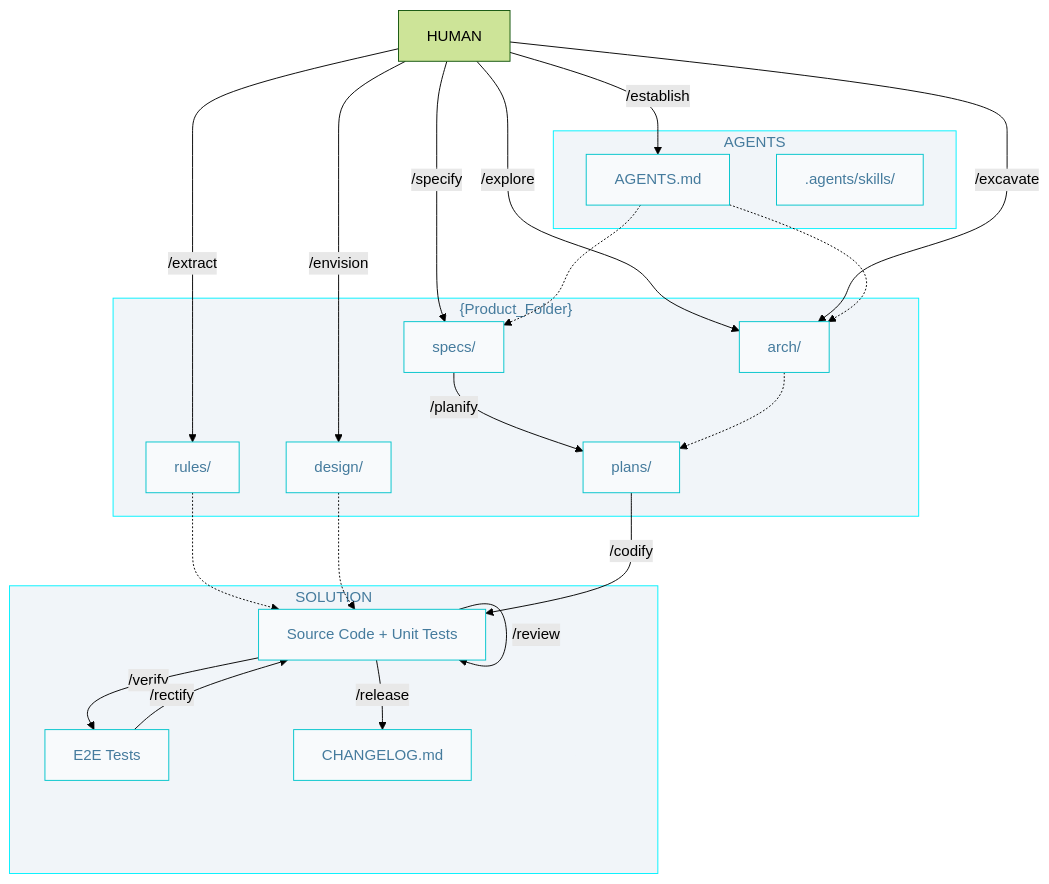
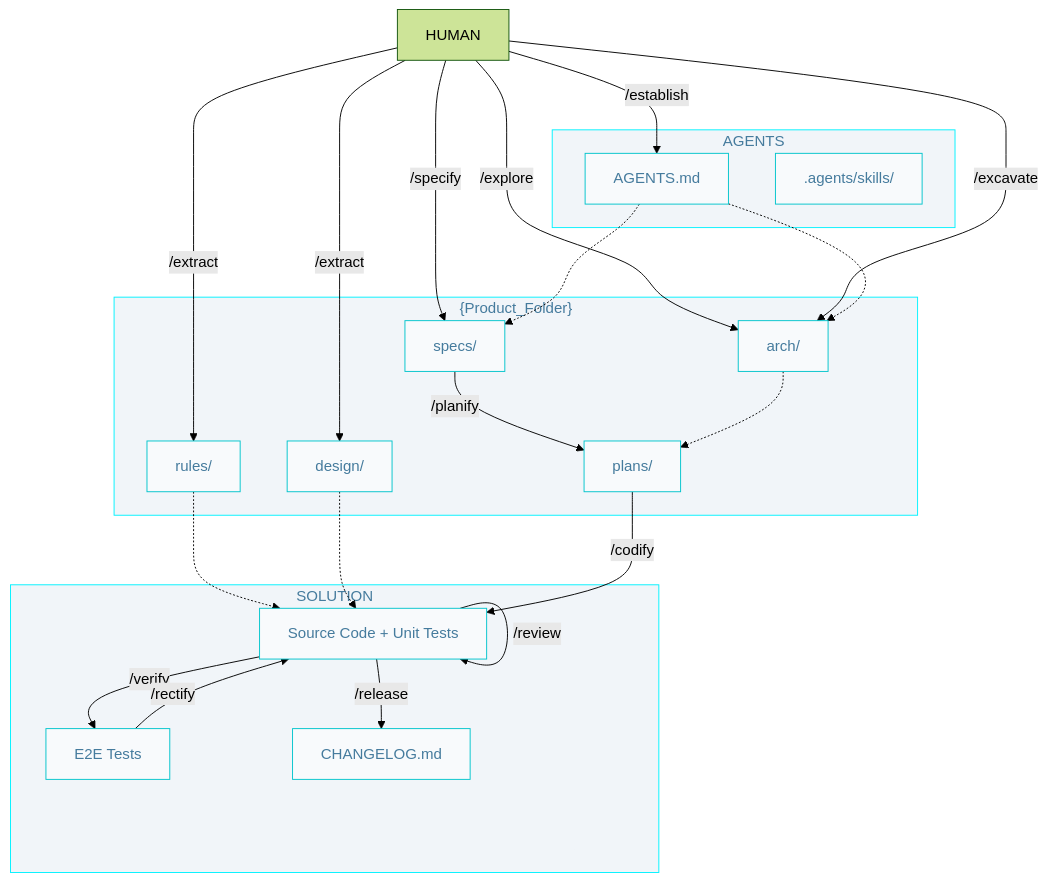
The diagram in docs/AIDD.workflow.md (AIDDbot/AIDDbot), drawn with Mermaid (forest theme) before and after one commit. The commit also changed other lines of this file and 10 other files, not shown here.

First line of the commit message:
refactor: fold envision DESIGN.md into /extract

````diff
--- a/docs/AIDD.workflow.md
+++ b/docs/AIDD.workflow.md
@@ -3,47 +3,47 @@
 ```mermaid
 flowchart TD
   classDef nd fill:#f8fafc,stroke:#00c4cc,color:#457b9d
   classDef sg fill:#f1f5f9,stroke:#00f2ff,color:#457b9d 
 
   HUM[HUMAN]
 
   subgraph P["{Product_Folder}"]
       SPC["specs/"]:::nd
       PLN["plans/"]:::nd
       ARC["arch/"]:::nd
       RUL["rules/"]:::nd
       DES["design/"]:::nd
   end
 
   subgraph A["AGENTS"]
       AGT["AGENTS.md"]:::nd
       SKL[".agents/skills/"]:::nd
   end  
 
   subgraph S["SOLUTION"]
       COD["Source Code + Unit Tests"]:::nd
       E2E["E2E Tests"]:::nd
       CHL["CHANGELOG.md"]:::nd
   end
 
   HUM -->|/establish| AGT
   HUM -->|/explore| ARC
   HUM -->|/excavate| ARC
   HUM -->|/extract| RUL
   HUM -->|/specify| SPC
-  HUM -->|/envision| DES
+  HUM -->|/extract| DES
   AGT -.-> SPC  
   AGT -.-> ARC
   RUL -.-> COD  
   SPC -->|/planify| PLN
   ARC -.-> PLN
   DES -.-> COD
 
   PLN -->|/codify| COD
   COD -->|/verify| E2E
   E2E -->|/rectify| COD
   COD -->|/review| COD
   COD -->|/release| CHL
 
   class P,A,S sg
 ```
````
